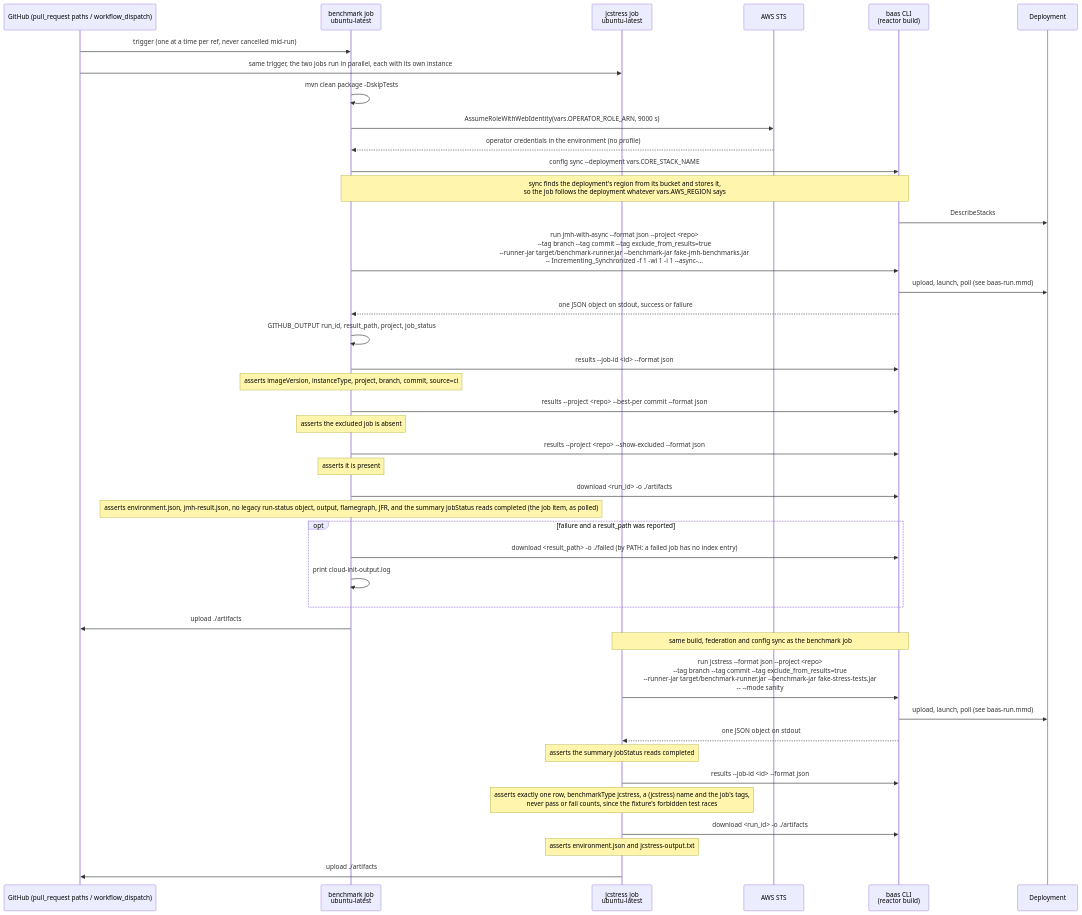
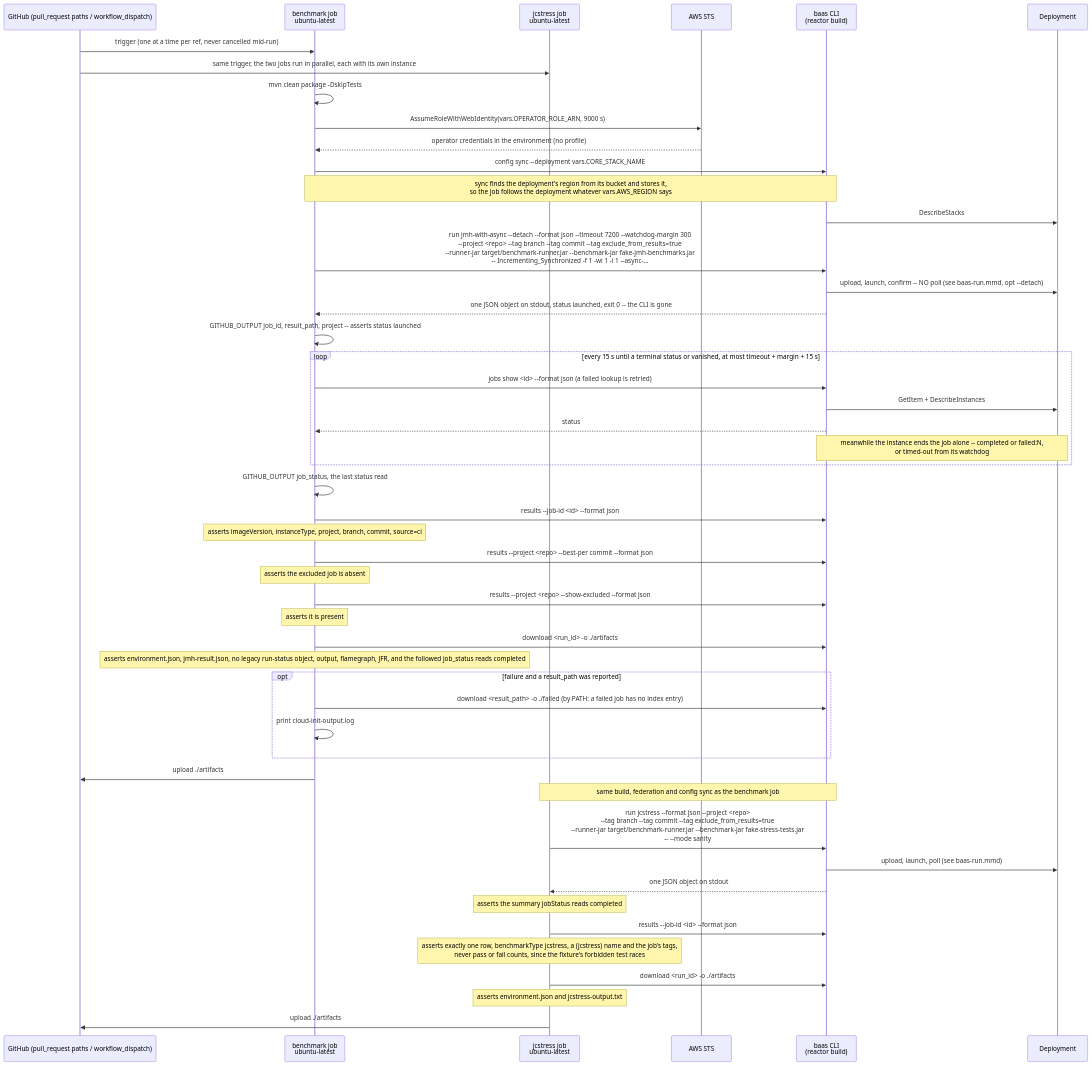
The diagram in docs/diagrams/baas-ci-e2e.mmd (wsztajerowski/benchmark-as-a-service), drawn with Mermaid before and after one commit. The commit also changed 13 other files, not shown here.

First line of the commit message:
feat(cli): add baas run --detach

```diff
--- a/docs/diagrams/baas-ci-e2e.mmd
+++ b/docs/diagrams/baas-ci-e2e.mmd
@@ -1,43 +1,50 @@
 sequenceDiagram
     participant GH as GitHub (pull_request paths / workflow_dispatch)
     participant Job as benchmark job<br/>ubuntu-latest
     participant JC as jcstress job<br/>ubuntu-latest
     participant STS as AWS STS
     participant CLI as baas CLI<br/>(reactor build)
     participant AWS as Deployment
 
     GH->>Job: trigger (one at a time per ref, never cancelled mid-run)
     GH->>JC: same trigger, the two jobs run in parallel, each with its own instance
     Job->>Job: mvn clean package -DskipTests
     Job->>STS: AssumeRoleWithWebIdentity(vars.OPERATOR_ROLE_ARN, 9000 s)
     STS-->>Job: operator credentials in the environment (no profile)
     Job->>CLI: config sync --deployment vars.CORE_STACK_NAME
     Note over Job,CLI: sync finds the deployment's region from its bucket and stores it,<br/>so the job follows the deployment whatever vars.AWS_REGION says
     CLI->>AWS: DescribeStacks
-    Job->>CLI: run jmh-with-async --format json --project <repo><br/>--tag branch --tag commit --tag exclude_from_results=true<br/>--runner-jar target/benchmark-runner.jar --benchmark-jar fake-jmh-benchmarks.jar<br/>-- Incrementing_Synchronized -f 1 -wi 1 -i 1 --async-…
-    CLI->>AWS: upload, launch, poll (see baas-run.mmd)
-    CLI-->>Job: one JSON object on stdout, success or failure
-    Job->>Job: GITHUB_OUTPUT run_id, result_path, project, job_status
+    Job->>CLI: run jmh-with-async --detach --format json --timeout 7200 --watchdog-margin 300<br/>--project <repo> --tag branch --tag commit --tag exclude_from_results=true<br/>--runner-jar target/benchmark-runner.jar --benchmark-jar fake-jmh-benchmarks.jar<br/>-- Incrementing_Synchronized -f 1 -wi 1 -i 1 --async-…
+    CLI->>AWS: upload, launch, confirm -- NO poll (see baas-run.mmd, opt --detach)
+    CLI-->>Job: one JSON object on stdout, status launched, exit 0 -- the CLI is gone
+    Job->>Job: GITHUB_OUTPUT job_id, result_path, project -- asserts status launched
+    loop every 15 s until a terminal status or vanished, at most timeout + margin + 15 s
+        Job->>CLI: jobs show <id> --format json (a failed lookup is retried)
+        CLI->>AWS: GetItem + DescribeInstances
+        CLI-->>Job: status
+        Note over CLI,AWS: meanwhile the instance ends the job alone -- completed or failed:N,<br/>or timed-out from its watchdog
+    end
+    Job->>Job: GITHUB_OUTPUT job_status, the last status read
     Job->>CLI: results --job-id <id> --format json
     Note over Job: asserts imageVersion, instanceType, project, branch, commit, source=ci
     Job->>CLI: results --project <repo> --best-per commit --format json
     Note over Job: asserts the excluded job is absent
     Job->>CLI: results --project <repo> --show-excluded --format json
     Note over Job: asserts it is present
     Job->>CLI: download <run_id> -o ./artifacts
-    Note over Job: asserts environment.json, jmh-result.json, no legacy run-status object, output, flamegraph, JFR, and the summary jobStatus reads completed (the job item, as polled)
+    Note over Job: asserts environment.json, jmh-result.json, no legacy run-status object, output, flamegraph, JFR, and the followed job_status reads completed
     opt failure and a result_path was reported
         Job->>CLI: download <result_path> -o ./failed (by PATH: a failed job has no index entry)
         Job->>Job: print cloud-init-output.log
     end
     Job->>GH: upload ./artifacts
     Note over JC,CLI: same build, federation and config sync as the benchmark job
     JC->>CLI: run jcstress --format json --project <repo><br/>--tag branch --tag commit --tag exclude_from_results=true<br/>--runner-jar target/benchmark-runner.jar --benchmark-jar fake-stress-tests.jar<br/>-- --mode sanity
     CLI->>AWS: upload, launch, poll (see baas-run.mmd)
     CLI-->>JC: one JSON object on stdout
     Note over JC: asserts the summary jobStatus reads completed
     JC->>CLI: results --job-id <id> --format json
     Note over JC: asserts exactly one row, benchmarkType jcstress, a (jcstress) name and the job's tags,<br/>never pass or fail counts, since the fixture's forbidden test races
     JC->>CLI: download <run_id> -o ./artifacts
     Note over JC: asserts environment.json and jcstress-output.txt
     JC->>GH: upload ./artifacts
```
